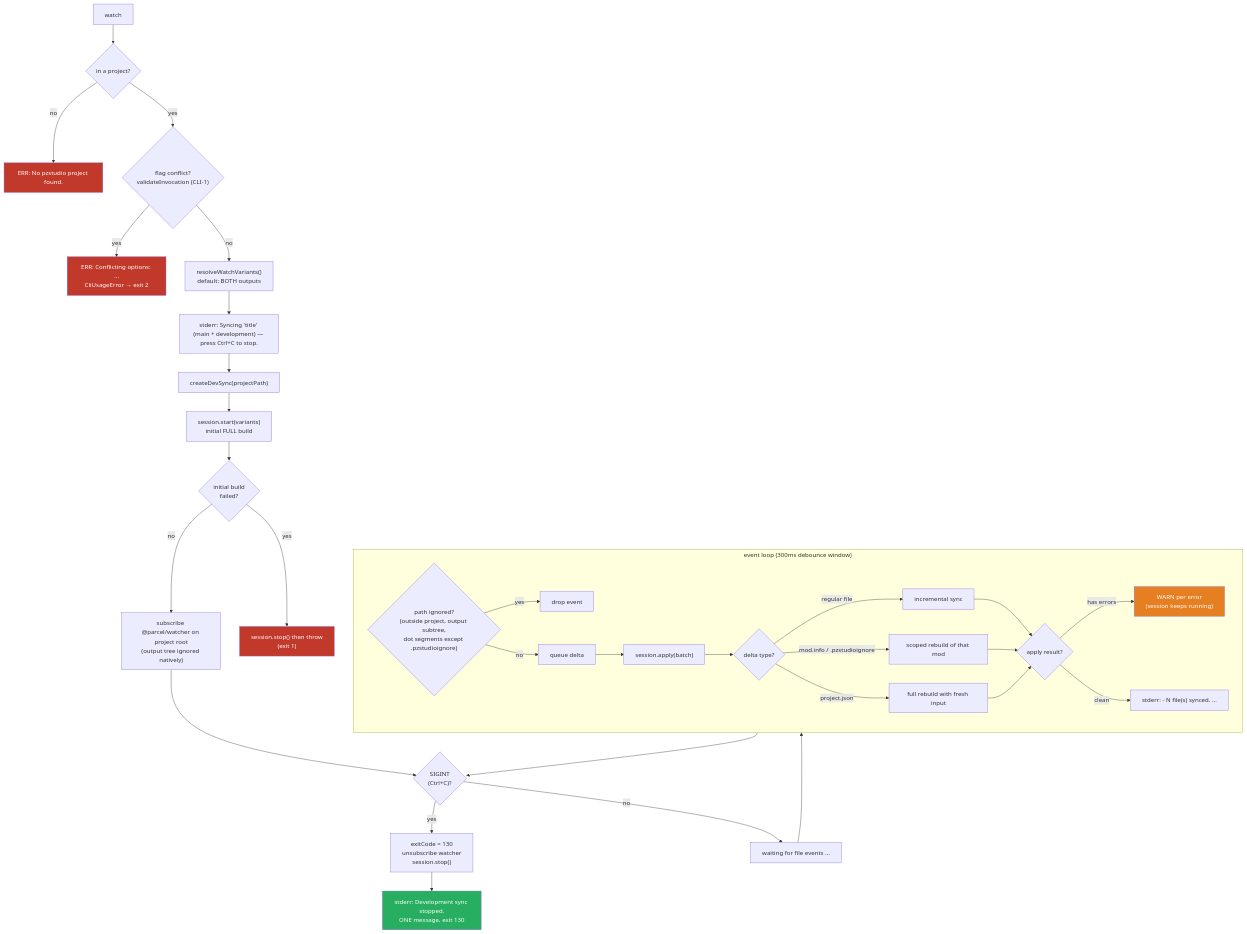
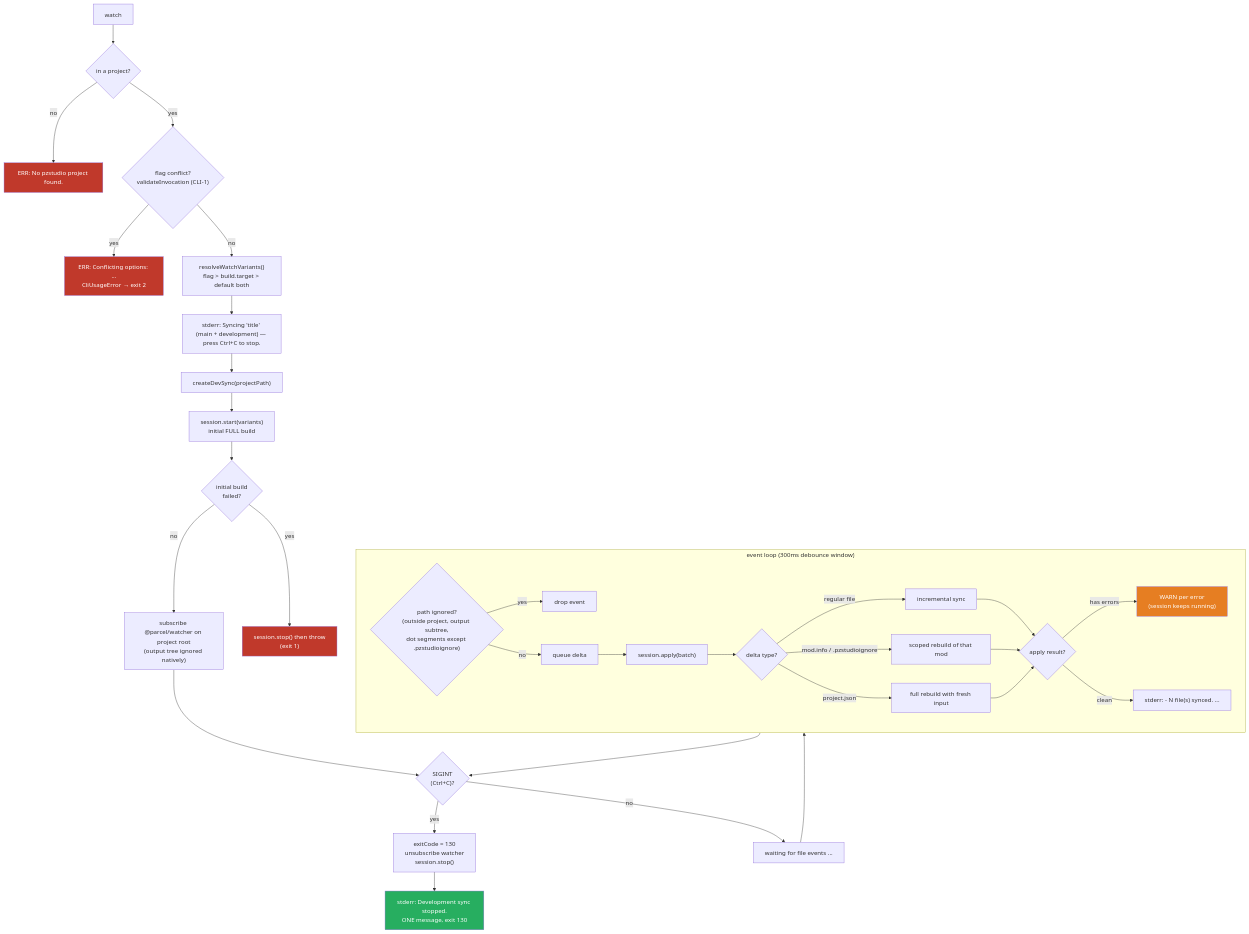
The fourth of 16 diagrams in docs/cli/04-commands.md (escapepz/pzstudio), drawn with Mermaid before and after one commit. The commit also changed other lines of this file and 3 other files, not shown here.

Commit message:
docs(cli): watch usage names build.target default

````diff
--- a/docs/cli/04-commands.md
+++ b/docs/cli/04-commands.md
@@ -238,43 +238,43 @@
 ```mermaid
 flowchart TD
     A["watch"] --> B{"in a project?"}
     B -- no --> ERR1["ERR: No pzstudio project found."]
     B -- yes --> C{"flag conflict?<br/>validateInvocation (CLI-1)"}
     C -- yes --> ERR2["ERR: Conflicting options: ...<br/>CliUsageError → exit 2"]
-    C -- no --> D["resolveWatchVariants()<br/>default: BOTH outputs"]
+    C -- no --> D["resolveWatchVariants()<br/>flag > build.target > default both"]
     D --> BN["stderr: Syncing 'title' (main + development) — press Ctrl+C to stop."]
     BN --> E["createDevSync(projectPath)"]
     E --> F["session.start(variants)<br/>initial FULL build"]
     F --> G{"initial build<br/>failed?"}
     G -- yes --> ERR3["session.stop() then throw<br/>(exit 1)"]
     G -- no --> H["subscribe @parcel/watcher on project root<br/>(output tree ignored natively)"]
     H --> SIG{"SIGINT<br/>(Ctrl+C)?"}
     SIG -- yes --> S1["exitCode = 130<br/>unsubscribe watcher<br/>session.stop()"]
     S1 --> OK["stderr: Development sync stopped.<br/>ONE message, exit 130"]
     SIG -- no --> EVT["waiting for file events ..."]
 
     EVT --> LOOP
 
     subgraph LOOP["event loop (300ms debounce window)"]
         L2{"path ignored?<br/>(outside project, output subtree,<br/>dot segments except .pzstudioignore)"} -- yes --> L3["drop event"]
         L2 -- no --> L4["queue delta"]
         L4 --> L6["session.apply(batch)"]
         L6 --> L7{"delta type?"}
         L7 -- "regular file" --> L8["incremental sync"]
         L7 -- "mod.info / .pzstudioignore" --> L9["scoped rebuild of that mod"]
         L7 -- "project.json" --> L10["full rebuild with fresh input"]
         L8 --> L11{"apply result?"}
         L9 --> L11
         L10 --> L11
         L11 -- "has errors" --> L12["WARN per error<br/>(session keeps running)"]
         L11 -- "clean" --> L13["stderr: - N file(s) synced. ..."]
     end
 
     LOOP --> SIG
 
     style ERR1 fill:#c0392b,color:#fff
     style ERR2 fill:#c0392b,color:#fff
     style ERR3 fill:#c0392b,color:#fff
     style OK fill:#27ae60,color:#fff
     style L12 fill:#e67e22,color:#fff
 ```
````
